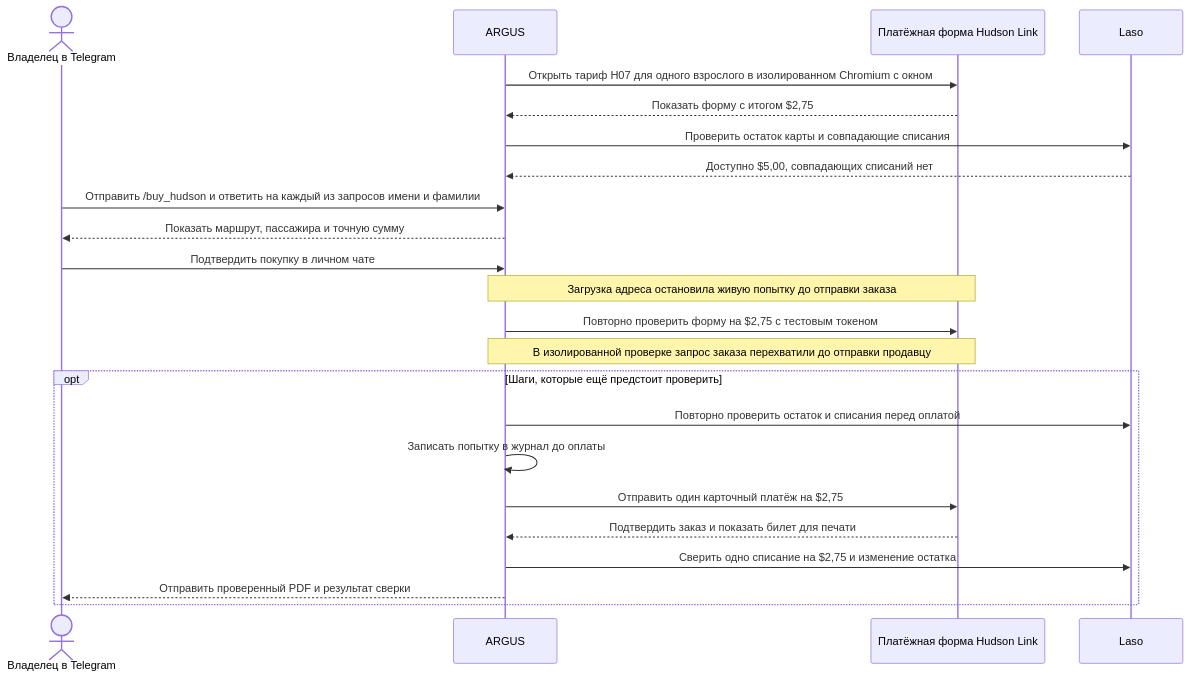
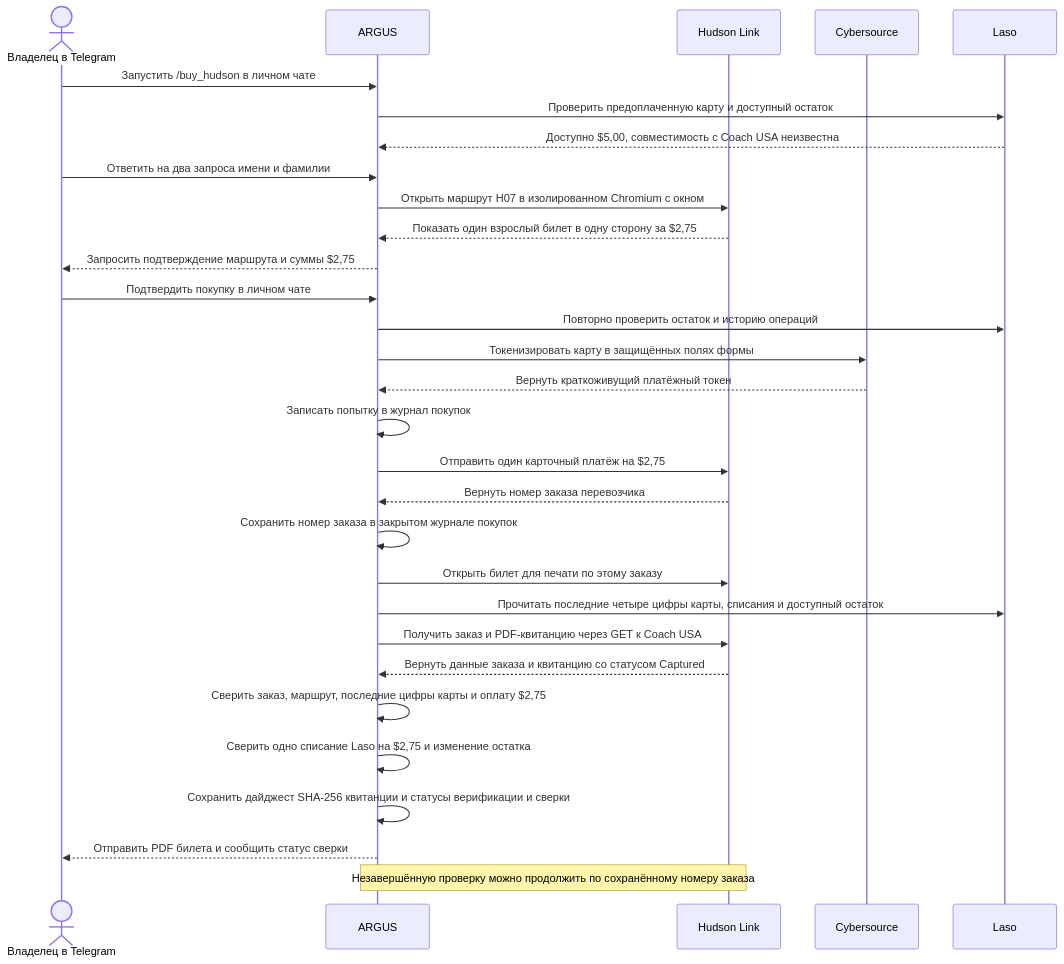
One commit to alexar76/argus changed the diagram in docs/use-case-hudson-link-ru.md. Above: the diagram before and after it, drawn with Mermaid. The commit also changed other lines of this file and 18 other files, not shown here.

````diff
--- a/docs/use-case-hudson-link-ru.md
+++ b/docs/use-case-hudson-link-ru.md
@@ -9,25 +11,32 @@
 ```mermaid
 sequenceDiagram
     actor O as Владелец в Telegram
     participant A as ARGUS
-    participant H as Платёжная форма Hudson Link
+    participant H as Hudson Link
+    participant C as Cybersource
     participant L as Laso
-    A->>H: Открыть тариф H07 для одного взрослого в изолированном Chromium с окном
-    H-->>A: Показать форму с итогом $2,75
-    A->>L: Проверить остаток карты и совпадающие списания
-    L-->>A: Доступно $5,00, совпадающих списаний нет
-    O->>A: Отправить /buy_hudson и ответить на каждый из запросов имени и фамилии
-    A-->>O: Показать маршрут, пассажира и точную сумму
+    O->>A: Запустить /buy_hudson в личном чате
+    A->>L: Проверить предоплаченную карту и доступный остаток
+    L-->>A: Доступно $5,00, совместимость с Coach USA неизвестна
+    O->>A: Ответить на два запроса имени и фамилии
+    A->>H: Открыть маршрут H07 в изолированном Chromium с окном
+    H-->>A: Показать один взрослый билет в одну сторону за $2,75
+    A-->>O: Запросить подтверждение маршрута и суммы $2,75
     O->>A: Подтвердить покупку в личном чате
-    Note over A,H: Загрузка адреса остановила живую попытку до отправки заказа
-    A->>H: Повторно проверить форму на $2,75 с тестовым токеном
-    Note over A,H: В изолированной проверке запрос заказа перехватили до отправки продавцу
-    opt Шаги, которые ещё предстоит проверить
-        A->>L: Повторно проверить остаток и списания перед оплатой
-        A->>A: Записать попытку в журнал до оплаты
-        A->>H: Отправить один карточный платёж на $2,75
-        H-->>A: Подтвердить заказ и показать билет для печати
-        A->>L: Сверить одно списание на $2,75 и изменение остатка
-        A-->>O: Отправить проверенный PDF и результат сверки
-    end
+    A->>L: Повторно проверить остаток и историю операций
+    A->>C: Токенизировать карту в защищённых полях формы
+    C-->>A: Вернуть краткоживущий платёжный токен
+    A->>A: Записать попытку в журнал покупок
+    A->>H: Отправить один карточный платёж на $2,75
+    H-->>A: Вернуть номер заказа перевозчика
+    A->>A: Сохранить номер заказа в закрытом журнале покупок
+    A->>H: Открыть билет для печати по этому заказу
+    A->>L: Прочитать последние четыре цифры карты, списания и доступный остаток
+    A->>H: Получить заказ и PDF-квитанцию через GET к Coach USA
+    H-->>A: Вернуть данные заказа и квитанцию со статусом Captured
+    A->>A: Сверить заказ, маршрут, последние цифры карты и оплату $2,75
+    A->>A: Сверить одно списание Laso на $2,75 и изменение остатка
+    A->>A: Сохранить дайджест SHA-256 квитанции и статусы верификации и сверки
+    A-->>O: Отправить PDF билета и сообщить статус сверки
+    Note over A,H: Незавершённую проверку можно продолжить по сохранённому номеру заказа
 ```
````
